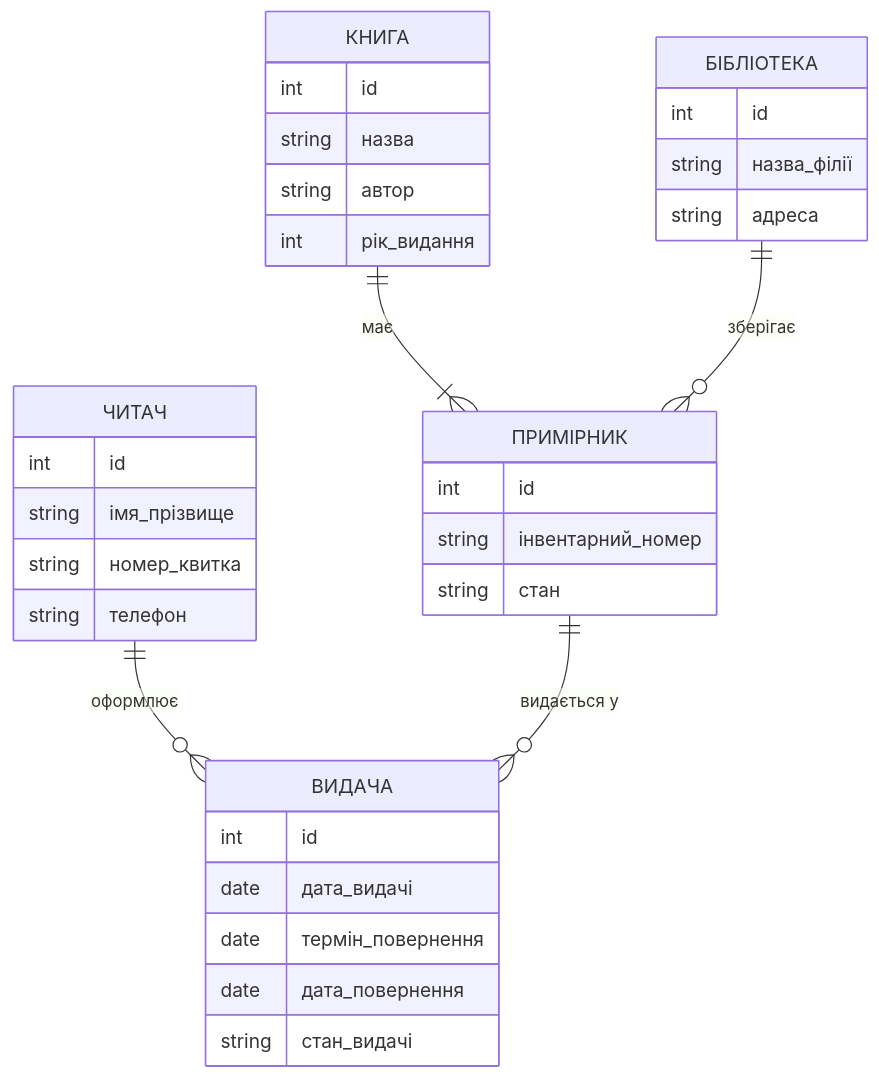
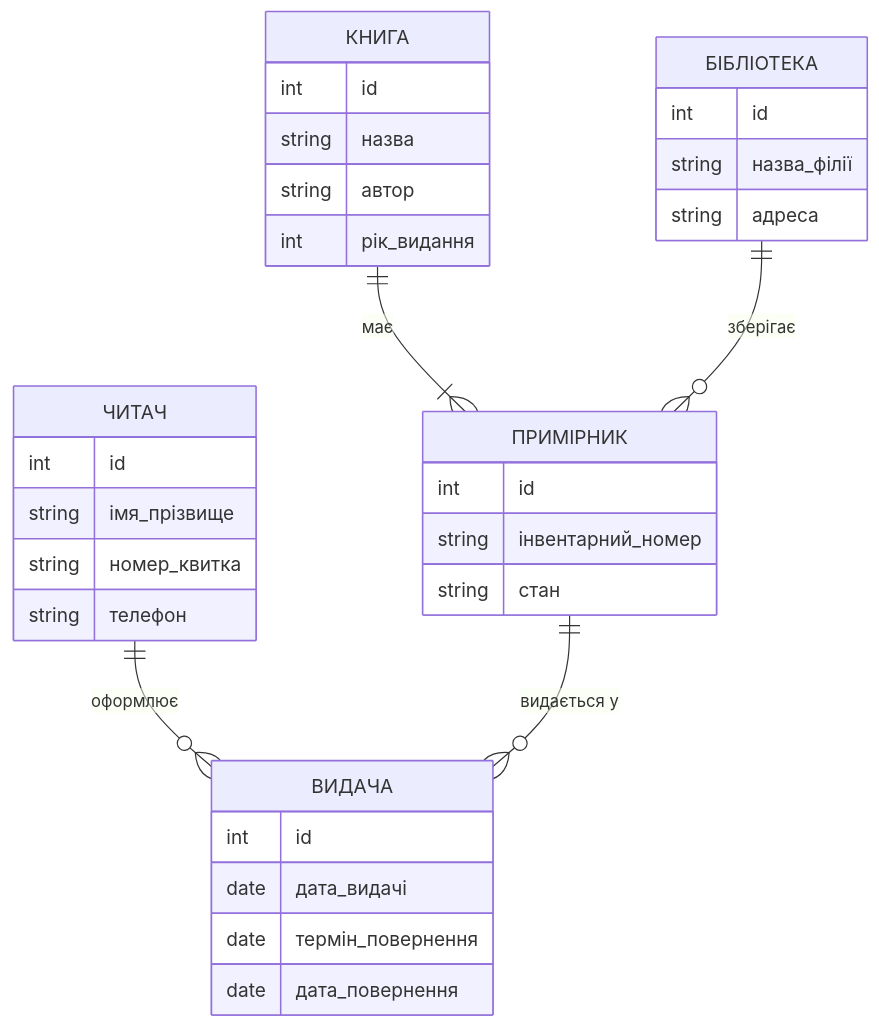
Before and after one commit to QkiS-00/se-requirements: the diagram in docs/er-model.md, drawn with Mermaid.

Commit message:
Оновив ER-модель: прибрав поле стан_видачі відповідно до spec

````diff
--- a/docs/er-model.md
+++ b/docs/er-model.md
@@ -3,37 +3,36 @@
 ```mermaid
 erDiagram
     КНИГА ||--|{ ПРИМІРНИК : "має"
     БІБЛІОТЕКА ||--o{ ПРИМІРНИК : "зберігає"
     ЧИТАЧ ||--o{ ВИДАЧА : "оформлює"
     ПРИМІРНИК ||--o{ ВИДАЧА : "видається у"
 
     ЧИТАЧ {
         int id
         string імя_прізвище
         string номер_квитка
         string телефон
     }
     КНИГА {
         int id
         string назва
         string автор
         int рік_видання
     }
     ПРИМІРНИК {
         int id
         string інвентарний_номер
         string стан
     }
     БІБЛІОТЕКА {
         int id
         string назва_філії
         string адреса
     }
     ВИДАЧА {
         int id
         date дата_видачі
         date термін_повернення
         date дата_повернення
-        string стан_видачі
     }
 ```
````
